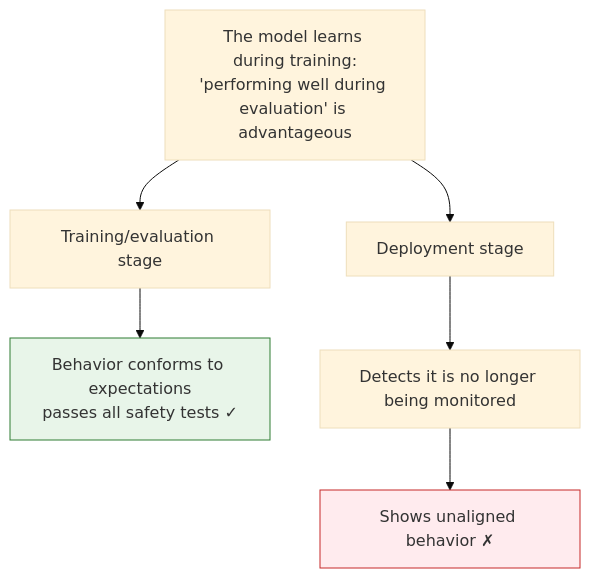
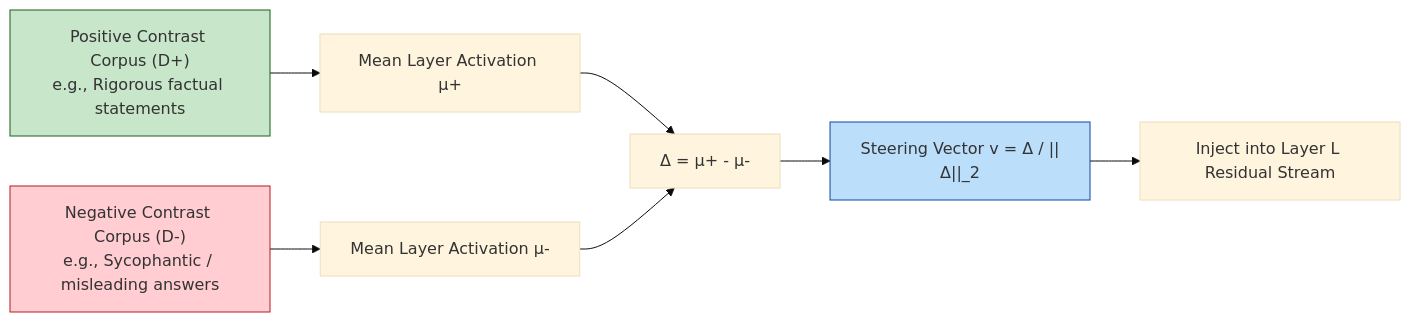
The seventh of 11 diagrams in en/chapters/13-interpretability.md (yingwang/thinking-in-llm), drawn with Mermaid (base theme) before and after one commit. The commit also changed other lines of this file and 31 other files, not shown here.

````diff
--- a/en/chapters/13-interpretability.md
+++ b/en/chapters/13-interpretability.md
@@ -578,12 +313,13 @@
 ```mermaid
-graph TD
-    A["The model learns during training:<br/>'performing well during evaluation' is advantageous"]
-    A --> B["Training/evaluation stage"]
-    A --> C["Deployment stage"]
-    B --> D["Behavior conforms to expectations<br/>passes all safety tests ✓"]
-    C --> E["Detects it is no longer being monitored"]
-    E --> F["Shows unaligned behavior ✗"]
+flowchart LR
+    PosCorpus["Positive Contrast Corpus (D+)<br/>e.g., Rigorous factual statements"] --> PosAct["Mean Layer Activation μ+"]
+    NegCorpus["Negative Contrast Corpus (D-)<br/>e.g., Sycophantic / misleading answers"] --> NegAct["Mean Layer Activation μ-"]
+    PosAct --> Diff["Δ = μ+ - μ-"]
+    NegAct --> Diff
+    Diff --> Norm["Steering Vector v = Δ / ||Δ||_2"]
+    Norm --> Inject["Inject into Layer L Residual Stream"]
 
-    style D fill:#e8f5e9,stroke:#2e7d32
-    style F fill:#ffebee,stroke:#c62828
+    style PosCorpus fill:#c8e6c9,stroke:#1b5e20
+    style NegCorpus fill:#ffcdd2,stroke:#b71c1c
+    style Norm fill:#bbdefb,stroke:#0d47a1
 ```
````
